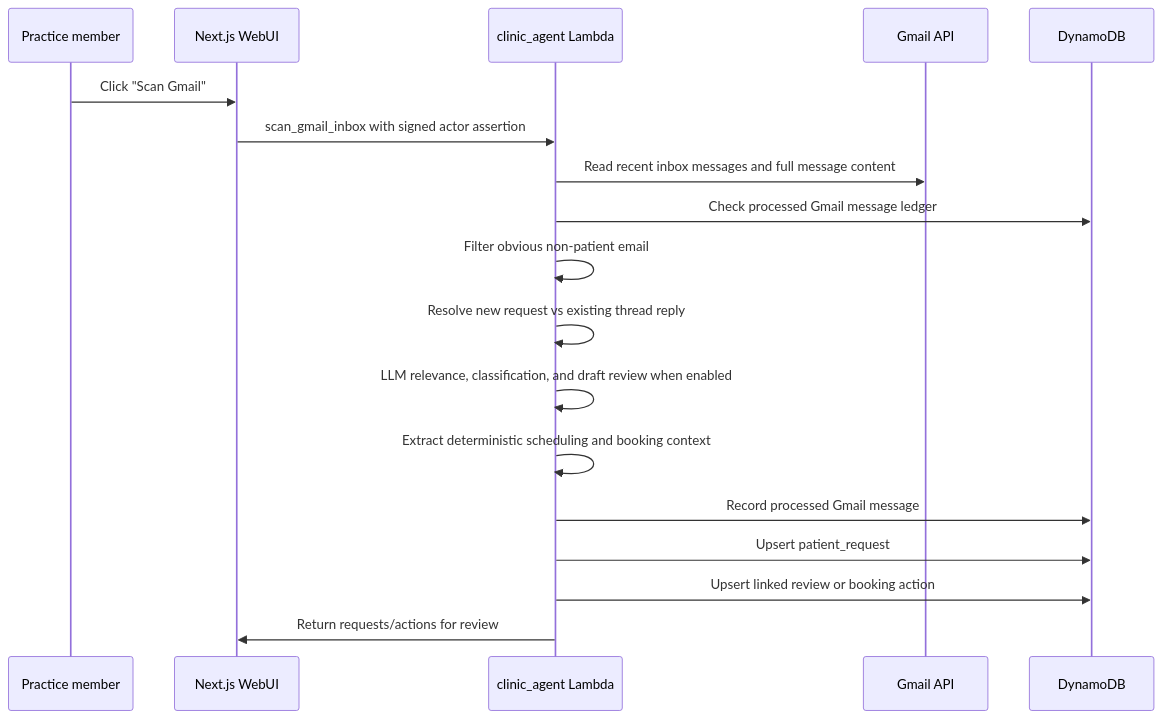
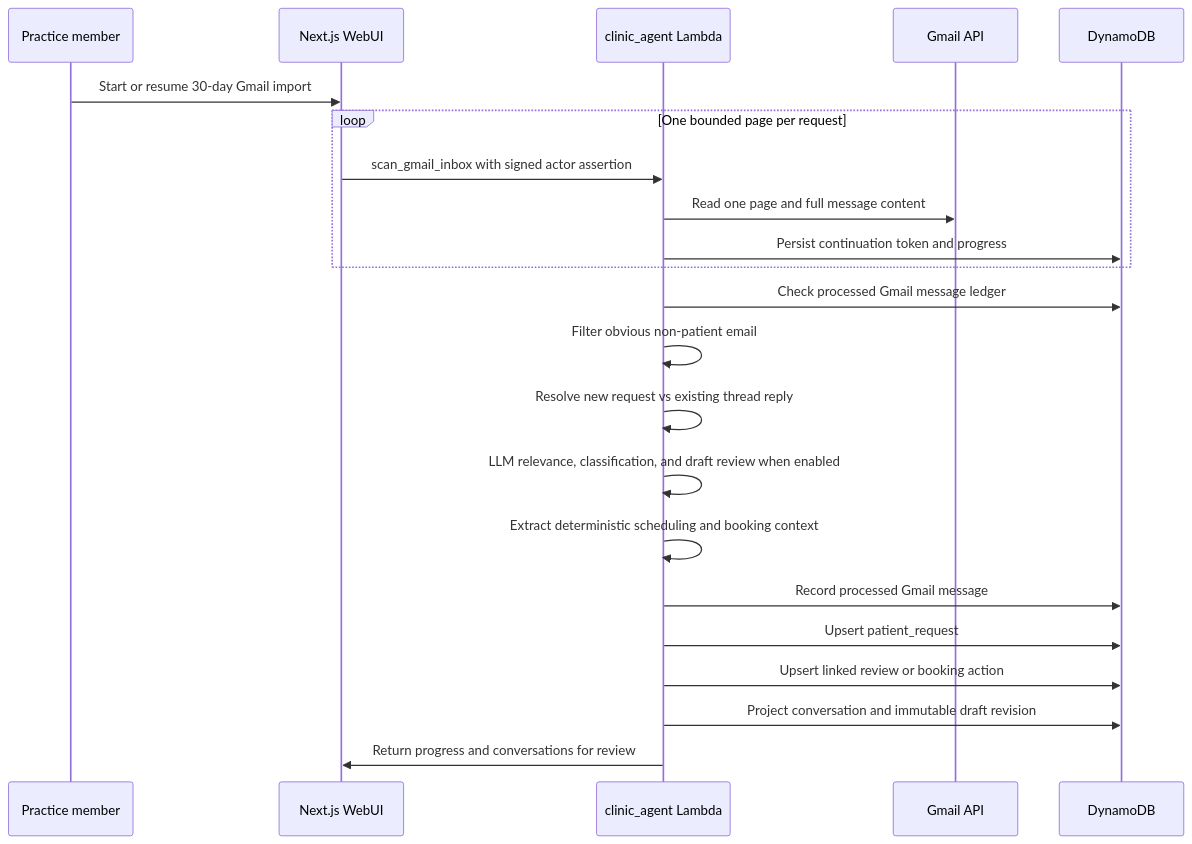
Before and after one commit to suhanisho/infiapp: the third of 5 diagrams in docs/high-level-design.md, drawn with Mermaid. The commit also changed other lines of this file and 41 other files, not shown here.

Commit message:
Add Nora conversation-based clinic inbox

````diff
--- a/docs/high-level-design.md
+++ b/docs/high-level-design.md
@@ -330,21 +363,25 @@
 ```mermaid
 sequenceDiagram
     participant User as Practice member
     participant Web as Next.js WebUI
     participant Lambda as clinic_agent Lambda
     participant Gmail as Gmail API
     participant DB as DynamoDB
 
-    User->>Web: Click "Scan Gmail"
-    Web->>Lambda: scan_gmail_inbox with signed actor assertion
-    Lambda->>Gmail: Read recent inbox messages and full message content
+    User->>Web: Start or resume 30-day Gmail import
+    loop One bounded page per request
+        Web->>Lambda: scan_gmail_inbox with signed actor assertion
+        Lambda->>Gmail: Read one page and full message content
+        Lambda->>DB: Persist continuation token and progress
+    end
     Lambda->>DB: Check processed Gmail message ledger
     Lambda->>Lambda: Filter obvious non-patient email
     Lambda->>Lambda: Resolve new request vs existing thread reply
     Lambda->>Lambda: LLM relevance, classification, and draft review when enabled
     Lambda->>Lambda: Extract deterministic scheduling and booking context
     Lambda->>DB: Record processed Gmail message
     Lambda->>DB: Upsert patient_request
     Lambda->>DB: Upsert linked review or booking action
-    Lambda->>Web: Return requests/actions for review
+    Lambda->>DB: Project conversation and immutable draft revision
+    Lambda->>Web: Return progress and conversations for review
 ```
````
